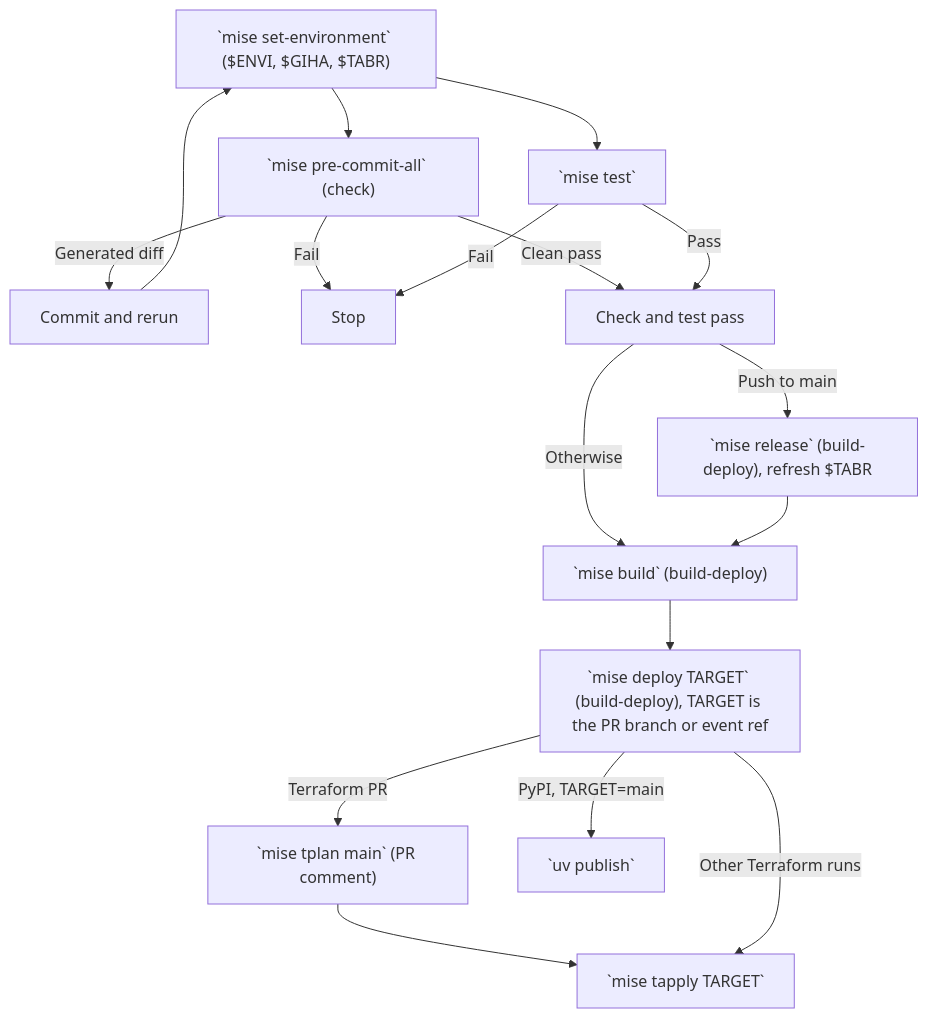
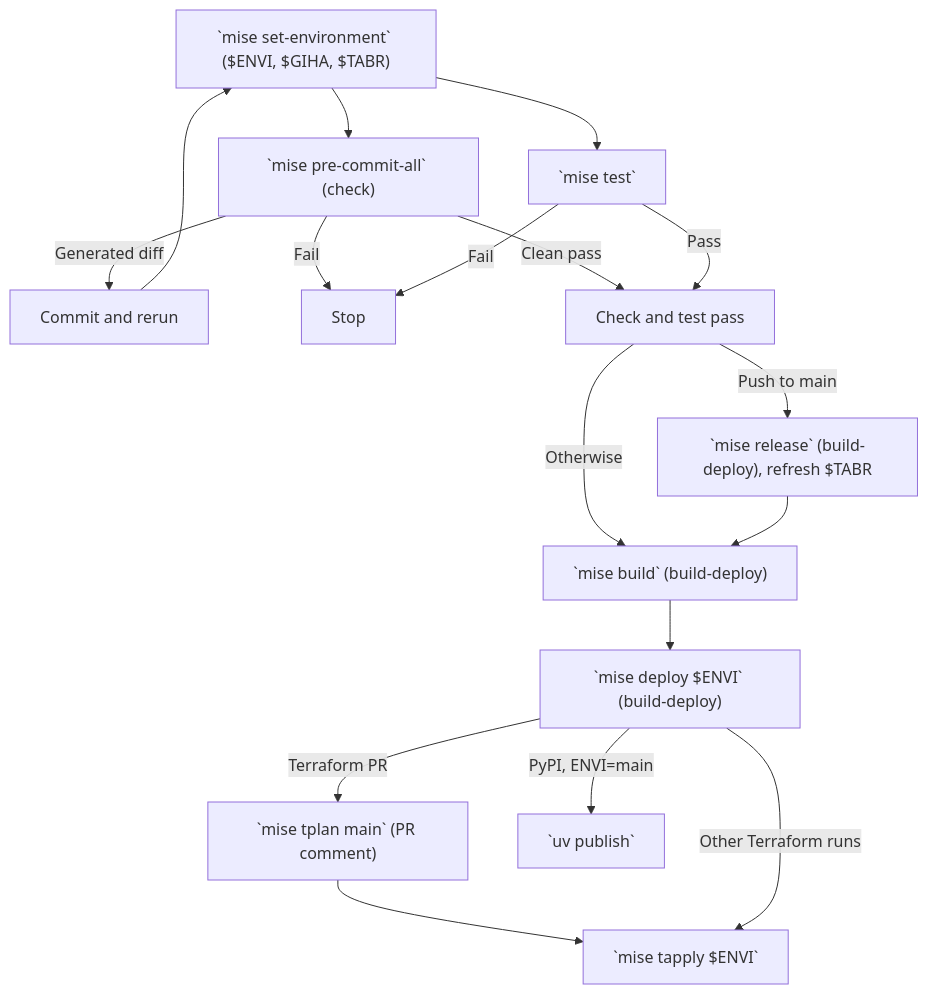
The diagram in README.md (biobuddies/measles), drawn with Mermaid before and after one commit. The commit also changed 3 other files, not shown here.

Commit message:
Use ENVI as the deploy argument

````diff
--- a/README.md
+++ b/README.md
@@ -78,19 +78,19 @@
 ```mermaid
 flowchart TD
     Context[" `mise set-environment` ($ENVI, $GIHA, $TABR)"] --> Check[" `mise pre-commit-all` (check)"]
     Context --> Test[" `mise test`"]
     Check -- "Generated diff" --> Retry["Commit and rerun"]
     Retry --> Context
     Check -- Fail --> Stop["Stop"]
     Test -- Fail --> Stop
     Check -- "Clean pass" --> BuildDeploy["Check and test pass"]
     Test -- Pass --> BuildDeploy
     BuildDeploy -- "Push to main" --> Release[" `mise release` (build-deploy), refresh $TABR"]
     BuildDeploy -- Otherwise --> Build[" `mise build` (build-deploy)"]
     Release --> Build
-    Build --> Deploy[" `mise deploy TARGET` (build-deploy), TARGET is the PR branch or event ref"]
+    Build --> Deploy[" `mise deploy $ENVI` (build-deploy)"]
     Deploy -- "Terraform PR" --> Plan[" `mise tplan main` (PR comment)"]
-    Plan --> Apply[" `mise tapply TARGET`"]
+    Plan --> Apply[" `mise tapply $ENVI`"]
     Deploy -- "Other Terraform runs" --> Apply
-    Deploy -- "PyPI, TARGET=main" --> Publish[" `uv publish`"]
+    Deploy -- "PyPI, ENVI=main" --> Publish[" `uv publish`"]
 ```
````
